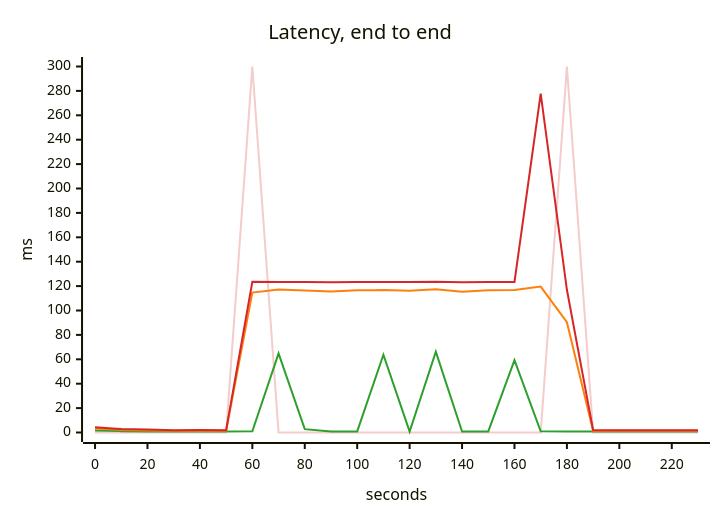
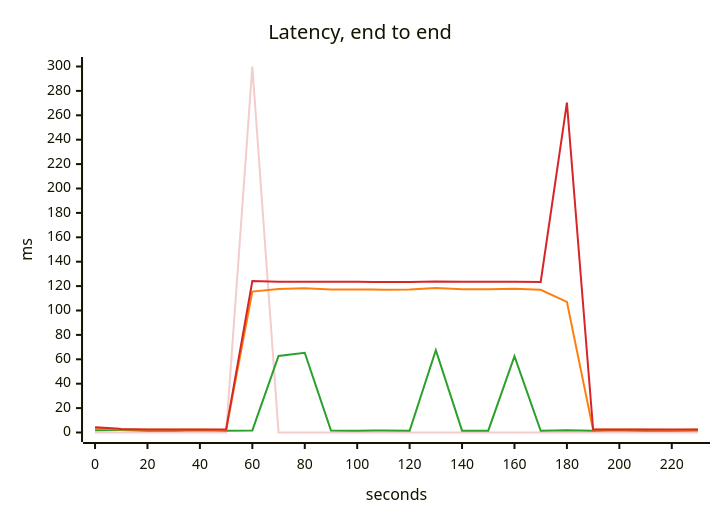
The third of 5 diagrams in scenarios/slow-disk/solutions/more-connections/report.md (akinfemi/load-lore), drawn with Mermaid before and after one commit. The commit also changed other lines of this file and 71 other files, not shown here.

````diff
--- a/scenarios/slow-disk/solutions/more-connections/report.md
+++ b/scenarios/slow-disk/solutions/more-connections/report.md
@@ -55,17 +55,17 @@
 ```mermaid
 ---
 config:
   themeVariables:
     xyChart:
       backgroundColor: "transparent"
       plotColorPalette: "#f4cccc, #2ca02c, #ff7f0e, #d62728"
 ---
 xychart-beta
     title "Latency, end to end"
     x-axis "seconds" 0 --> 230
     y-axis "ms" 0 --> 300
-    line [0, 0, 0, 0, 0, 0, 300, 0, 0, 0, 0, 0, 0, 0, 0, 0, 0, 0, 300, 0, 0, 0, 0, 0]
-    line [1.587, 1.104, 0.882, 0.861, 0.9, 0.859, 0.934, 64.81, 2.762, 0.769, 0.911, 63.702, 0.836, 66.159, 0.747, 0.869, 59.289, 0.931, 0.888, 0.841, 0.839, 0.833, 0.834, 0.856]
-    line [3.357, 2.093, 1.603, 1.361, 1.369, 1.362, 114.72, 117.304, 116.421, 115.605, 116.679, 116.703, 116.242, 117.371, 115.43, 116.689, 116.778, 119.583, 90.367, 1.327, 1.352, 1.349, 1.371, 1.344]
-    line [4.339, 2.805, 2.386, 1.907, 2.059, 1.856, 123.565, 123.461, 123.284, 123.157, 123.403, 123.341, 123.322, 123.533, 123.086, 123.368, 123.356, 277.71, 116.974, 1.814, 1.816, 1.816, 1.784, 1.752]
+    line [0, 0, 0, 0, 0, 0, 300, 0, 0, 0, 0, 0, 0, 0, 0, 0, 0, 0, 0, 0, 0, 0, 0, 0]
+    line [1.896, 1.954, 1.418, 1.49, 1.809, 1.381, 1.73, 62.737, 65.345, 1.626, 1.53, 1.596, 1.466, 67.488, 1.496, 1.494, 62.529, 1.384, 1.791, 1.379, 1.806, 1.486, 1.429, 1.693]
+    line [3.376, 2.486, 2.222, 2.202, 2.19, 2.147, 115.534, 117.693, 118.32, 117.3, 117.303, 117.067, 117.212, 118.405, 117.32, 117.408, 117.856, 117.027, 107.032, 2.169, 2.204, 2.169, 2.135, 2.155]
+    line [4.227, 2.921, 2.494, 2.471, 2.439, 2.47, 124.096, 123.539, 123.664, 123.491, 123.492, 123.413, 123.442, 123.737, 123.464, 123.482, 123.571, 123.44, 270.327, 2.378, 2.486, 2.437, 2.424, 2.428]
 ```
````
